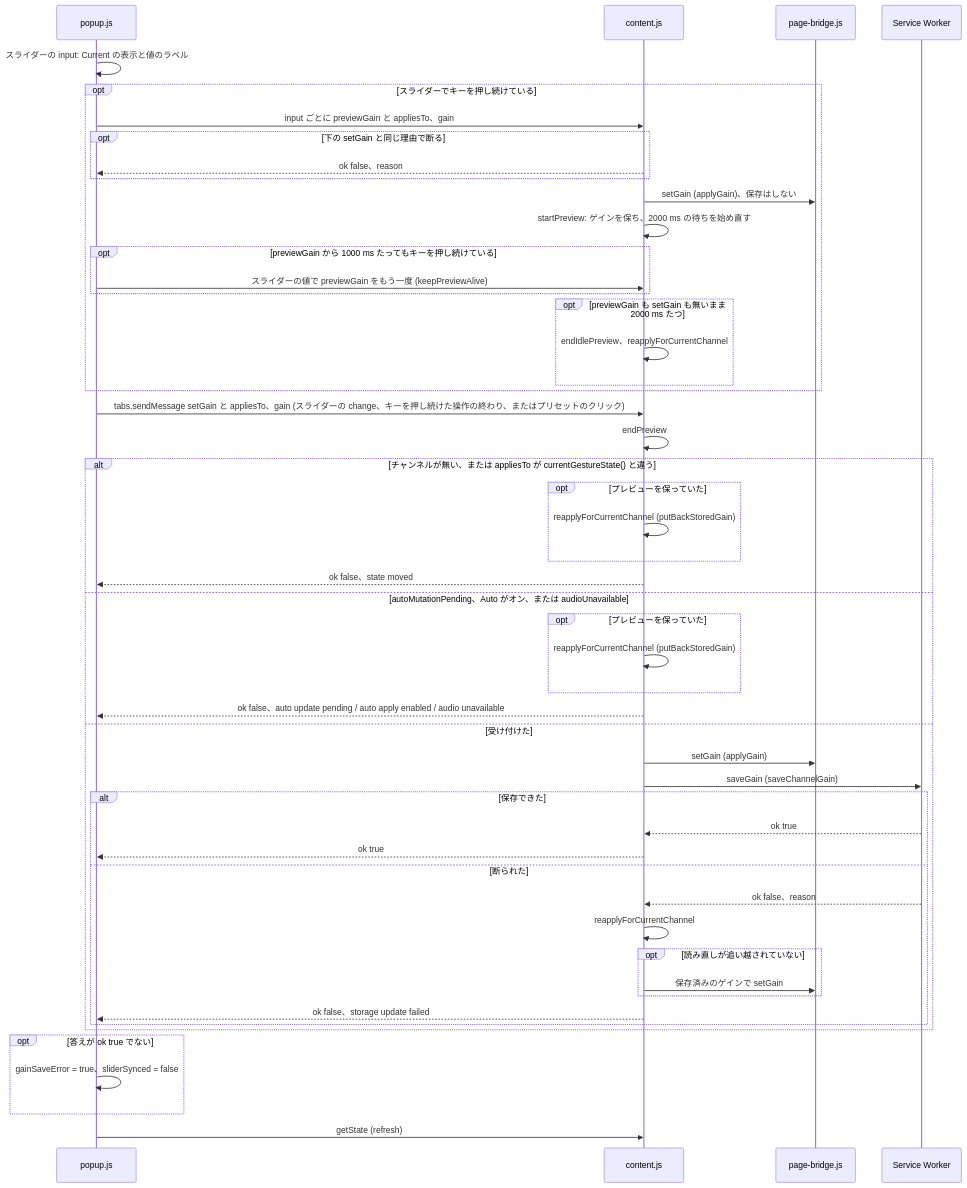
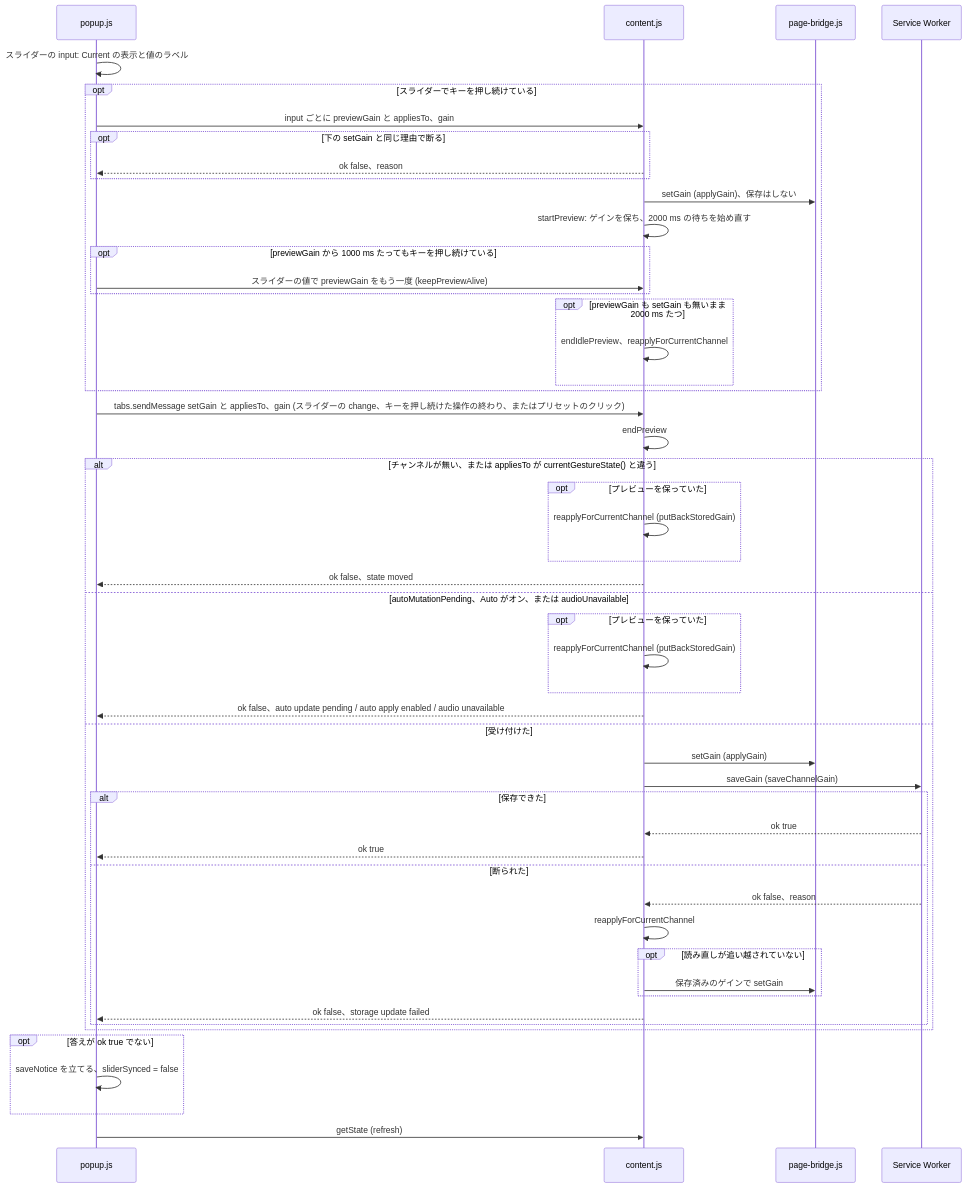
One commit to semnil/twitch-channel-volume changed the sixth of 17 diagrams in docs/gain-change-and-save.ja.md. Above: the diagram before and after it, drawn with Mermaid. The commit also changed other lines of this file and 7 other files, not shown here.

Commit message:
fix: take the popup's notice of an unsaved gain and its messages from core/common.js

````diff
--- a/docs/gain-change-and-save.ja.md
+++ b/docs/gain-change-and-save.ja.md
@@ -260,53 +260,53 @@
 ```mermaid
 sequenceDiagram
   participant popup as popup.js
   participant content as content.js
   participant bridge as page-bridge.js
   participant sw as Service Worker
   popup->>popup: スライダーの input: Current の表示と値のラベル
   opt スライダーでキーを押し続けている
     popup->>content: input ごとに previewGain と appliesTo、gain
     opt 下の setGain と同じ理由で断る
       content-->>popup: ok false、reason
     end
     content->>bridge: setGain (applyGain)、保存はしない
     content->>content: startPreview: ゲインを保ち、2000 ms の待ちを始め直す
     opt previewGain から 1000 ms たってもキーを押し続けている
       popup->>content: スライダーの値で previewGain をもう一度 (keepPreviewAlive)
     end
     opt previewGain も setGain も無いまま 2000 ms たつ
       content->>content: endIdlePreview、reapplyForCurrentChannel
     end
   end
   popup->>content: tabs.sendMessage setGain と appliesTo、gain (スライダーの change、キーを押し続けた操作の終わり、またはプリセットのクリック)
   content->>content: endPreview
   alt チャンネルが無い、または appliesTo が currentGestureState() と違う
     opt プレビューを保っていた
       content->>content: reapplyForCurrentChannel (putBackStoredGain)
     end
     content-->>popup: ok false、state moved
   else autoMutationPending、Auto がオン、または audioUnavailable
     opt プレビューを保っていた
       content->>content: reapplyForCurrentChannel (putBackStoredGain)
     end
     content-->>popup: ok false、auto update pending / auto apply enabled / audio unavailable
   else 受け付けた
     content->>bridge: setGain (applyGain)
     content->>sw: saveGain (saveChannelGain)
     alt 保存できた
       sw-->>content: ok true
       content-->>popup: ok true
     else 断られた
       sw-->>content: ok false、reason
       content->>content: reapplyForCurrentChannel
       opt 読み直しが追い越されていない
         content->>bridge: 保存済みのゲインで setGain
       end
       content-->>popup: ok false、storage update failed
     end
   end
   opt 答えが ok true でない
-    popup->>popup: gainSaveError = true、sliderSynced = false
+    popup->>popup: saveNotice を立てる、sliderSynced = false
   end
   popup->>content: getState (refresh)
 ```
````
